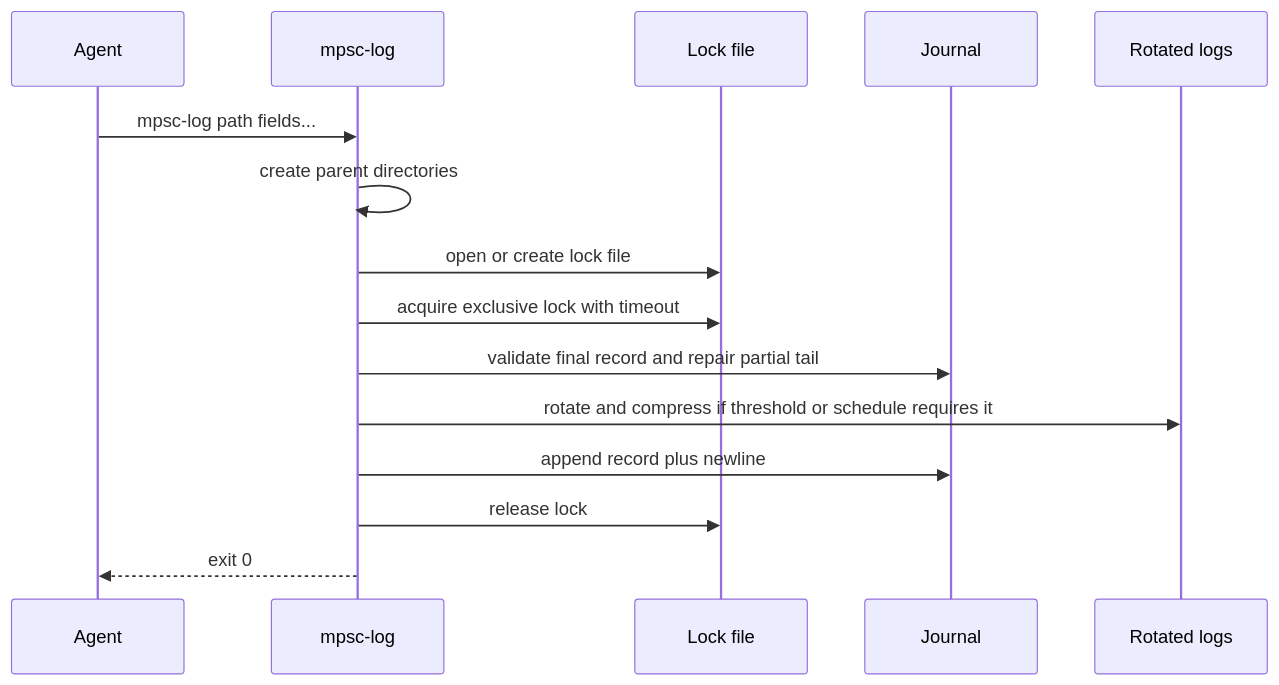
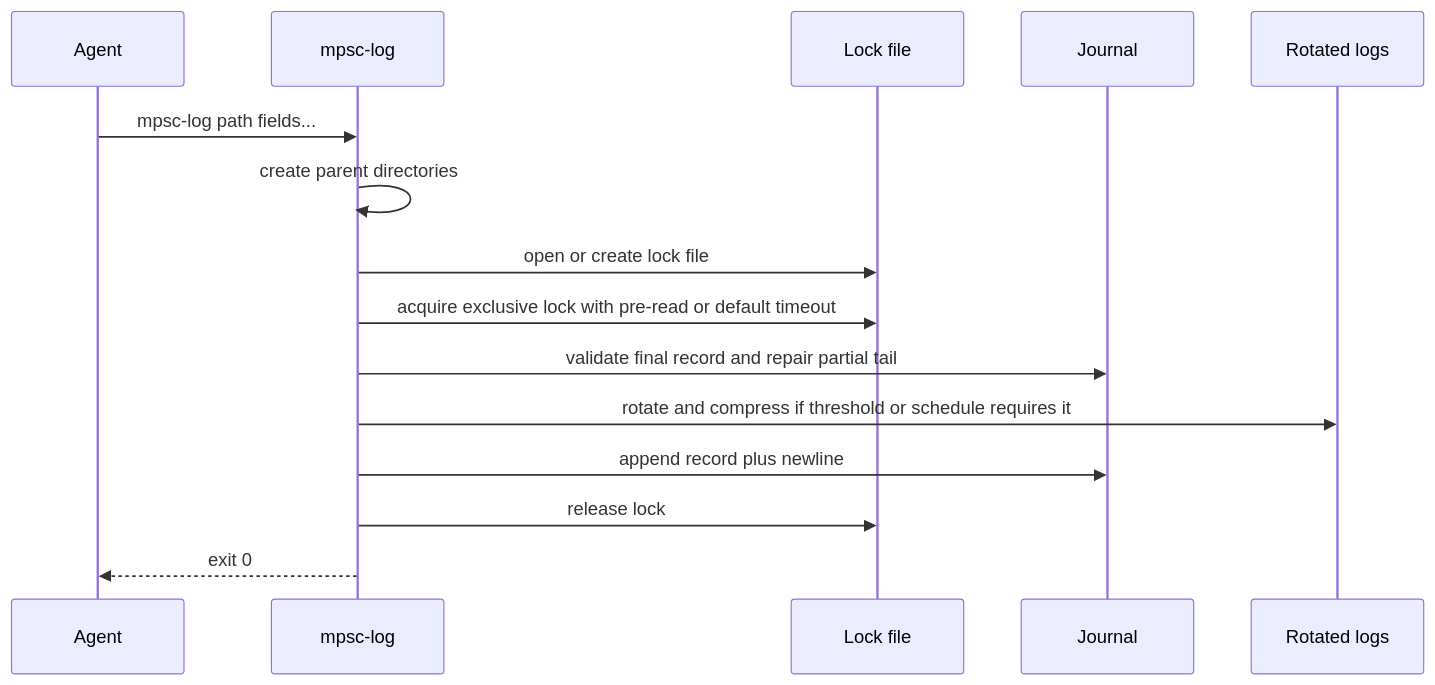
One commit to leynos/mpsc-log changed the second of 2 diagrams in docs/mpsc-log-design.md. Above: the diagram before and after it, drawn with Mermaid. The commit also changed other lines of this file and 2 other files, not shown here.

First line of the commit message:
Resolve the lock-timeout circularity and define append commit points

````diff
--- a/docs/mpsc-log-design.md
+++ b/docs/mpsc-log-design.md
@@ -213,18 +227,18 @@
 ```mermaid
 sequenceDiagram
     participant A as Agent
     participant M as mpsc-log
     participant L as Lock file
     participant J as Journal
     participant R as Rotated logs
 
     A->>M: mpsc-log path fields...
     M->>M: create parent directories
     M->>L: open or create lock file
-    M->>L: acquire exclusive lock with timeout
+    M->>L: acquire exclusive lock with pre-read or default timeout
     M->>J: validate final record and repair partial tail
     M->>R: rotate and compress if threshold or schedule requires it
     M->>J: append record plus newline
     M->>L: release lock
     M-->>A: exit 0
 ```
````
